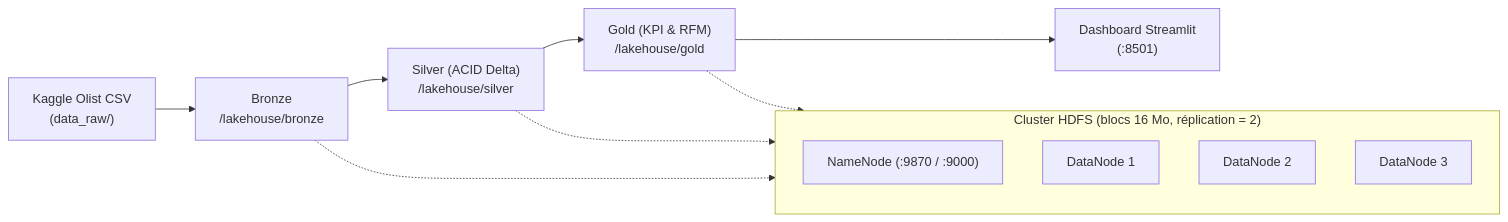
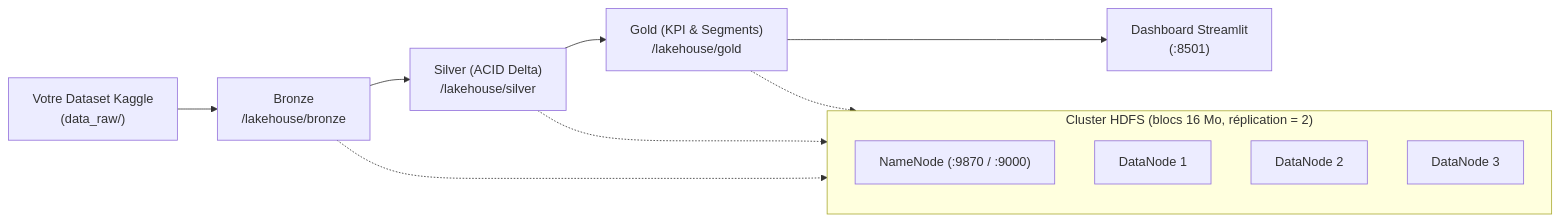
One commit to 104MJ/TP-datalake changed the diagram in README.md. Above: the diagram before and after it, drawn with Mermaid. The commit also changed other lines of this file and 9 other files, not shown here.

Commit message:
refactor(main): rendre la branche étudiante agnostique du dataset Kaggle choisi

````diff
--- a/README.md
+++ b/README.md
@@ -7,18 +7,18 @@
 ```mermaid
 flowchart LR
-    K["Kaggle Olist CSV<br/>(data_raw/)"] --> B["Bronze<br/>/lakehouse/bronze"]
+    K["Votre Dataset Kaggle<br/>(data_raw/)"] --> B["Bronze<br/>/lakehouse/bronze"]
     B --> S["Silver (ACID Delta)<br/>/lakehouse/silver"]
-    S --> G["Gold (KPI & RFM)<br/>/lakehouse/gold"]
+    S --> G["Gold (KPI & Segments)<br/>/lakehouse/gold"]
     G --> ST["Dashboard Streamlit<br/>(:8501)"]
 
     subgraph HDFS["Cluster HDFS (blocs 16 Mo, réplication = 2)"]
       NN["NameNode (:9870 / :9000)"]
       DN1["DataNode 1"]
       DN2["DataNode 2"]
       DN3["DataNode 3"]
     end
 
     B -.-> HDFS
     S -.-> HDFS
     G -.-> HDFS
 ```
````
